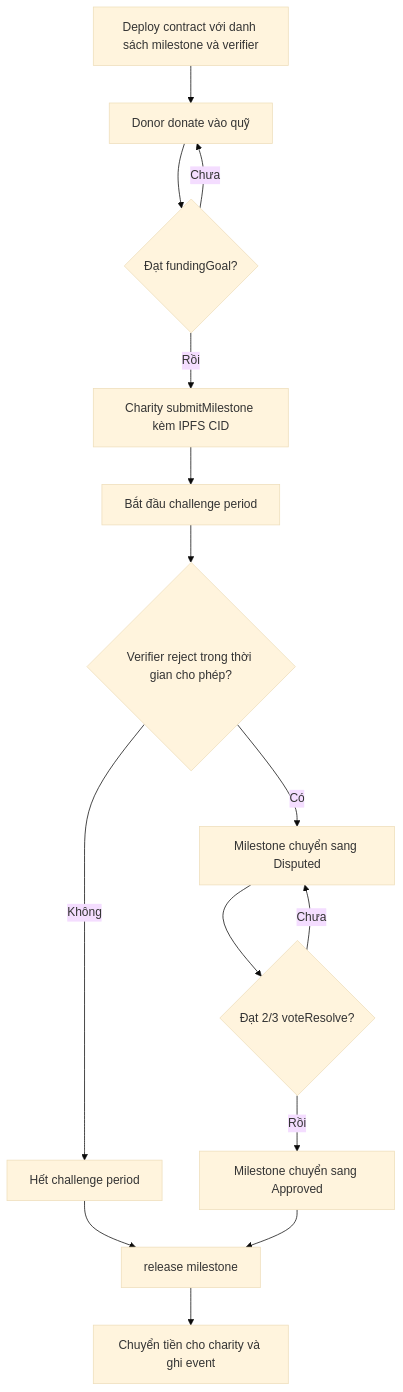
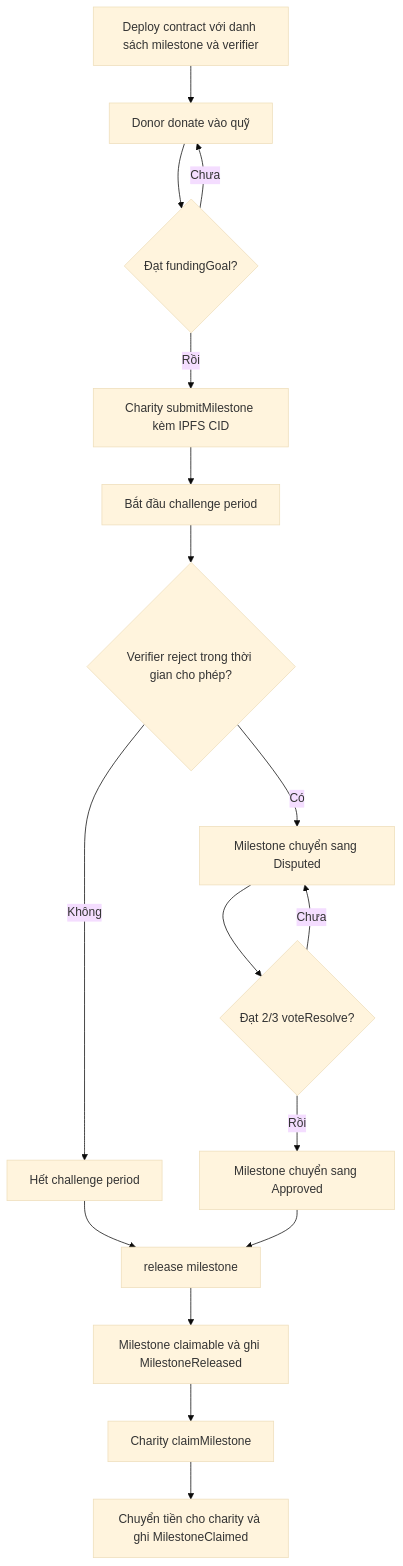
The diagram in diagrams/flowchart.md (Khangdz296/charity-chain), drawn with Mermaid (base theme) before and after one commit. The commit also changed 13 other files, not shown here.

````diff
--- a/diagrams/flowchart.md
+++ b/diagrams/flowchart.md
@@ -3,17 +3,19 @@
 ```mermaid
 flowchart TD
     A[Deploy contract với danh sách milestone và verifier] --> B[Donor donate vào quỹ]
     B --> C{Đạt fundingGoal?}
     C -- Chưa --> B
     C -- Rồi --> D[Charity submitMilestone kèm IPFS CID]
     D --> E[Bắt đầu challenge period]
     E --> F{Verifier reject trong thời gian cho phép?}
     F -- Không --> G[Hết challenge period]
     G --> H[release milestone]
     F -- Có --> I[Milestone chuyển sang Disputed]
     I --> J{Đạt 2/3 voteResolve?}
     J -- Chưa --> I
     J -- Rồi --> K[Milestone chuyển sang Approved]
     K --> H
-    H --> L[Chuyển tiền cho charity và ghi event]
+    H --> L[Milestone claimable và ghi MilestoneReleased]
+    L --> M[Charity claimMilestone]
+    M --> N[Chuyển tiền cho charity và ghi MilestoneClaimed]
 ```
````
